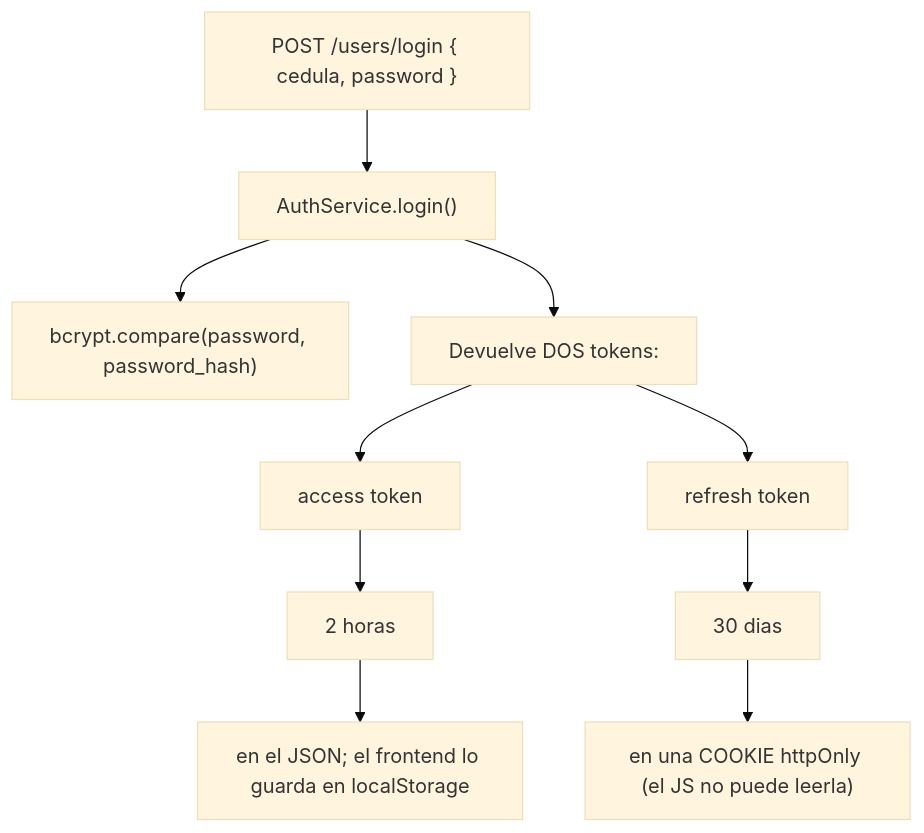
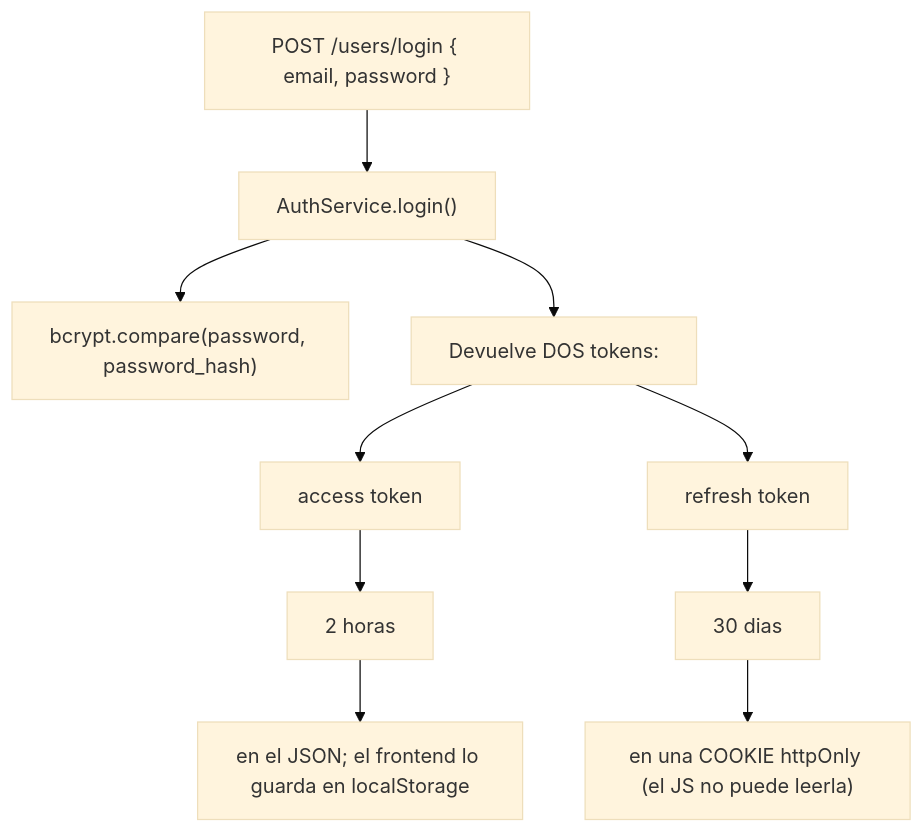
One commit to fresvel/deasy changed the first of 2 diagrams in docs/src/content/docs/backend/auth.md. Above: the diagram before and after it, drawn with Mermaid (base theme). The commit also changed other lines of this file and 4 other files, not shown here.

````diff
--- a/docs/src/content/docs/backend/auth.md
+++ b/docs/src/content/docs/backend/auth.md
@@ -15,24 +15,24 @@
 ```mermaid
 %% diagrama 05 — el login y los dos tokens que devuelve
 flowchart TD
-    LOGIN["POST /users/login { cedula, password }"]
+    LOGIN["POST /users/login { email, password }"]
     AUTH["AuthService.login()"]
     BCRYPT["bcrypt.compare(password, password_hash)"]
     TOKENS["Devuelve DOS tokens:"]
     ACC["access token"]
     ACC1["2 horas"]
     ACC2["en el JSON; el frontend lo guarda en localStorage"]
     REF["refresh token"]
     REF1["30 dias"]
     REF2["en una COOKIE httpOnly (el JS no puede leerla)"]
 
     LOGIN --> AUTH
     AUTH --> BCRYPT
     AUTH --> TOKENS
     TOKENS --> ACC
     ACC --> ACC1
     ACC1 --> ACC2
     TOKENS --> REF
     REF --> REF1
     REF1 --> REF2
 ```
````
